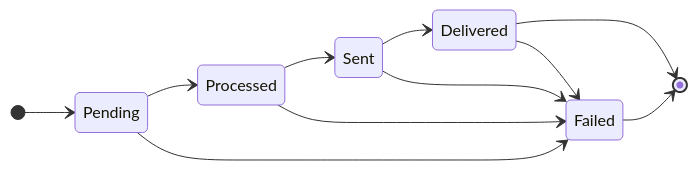
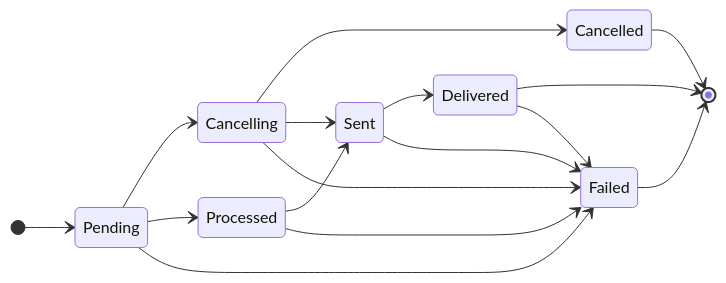
The diagram in docs/features/status-tracking.md (android-sms-gateway/docs-web), drawn with Mermaid before and after one commit. The commit also changed other lines of this file and 3 other files, not shown here.

````diff
--- a/docs/features/status-tracking.md
+++ b/docs/features/status-tracking.md
@@ -53,14 +53,19 @@
 ```mermaid
 stateDiagram-v2
     direction LR
     [*] --> Pending
+    Pending --> Cancelling
+    Cancelling --> Cancelled
+    Cancelling --> Sent
+    Cancelling --> Failed
+    Cancelled --> [*]
     Pending --> Processed
     Processed --> Sent
     Sent --> Delivered
     Delivered --> [*]
     Failed --> [*]
     Pending --> Failed
     Processed --> Failed
     Sent --> Failed
     Delivered --> Failed
 ```
````
